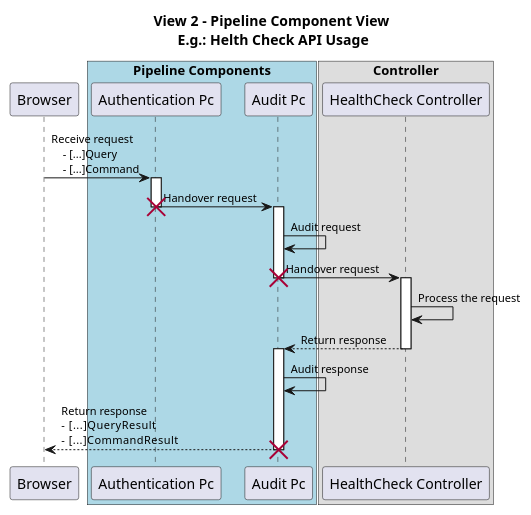
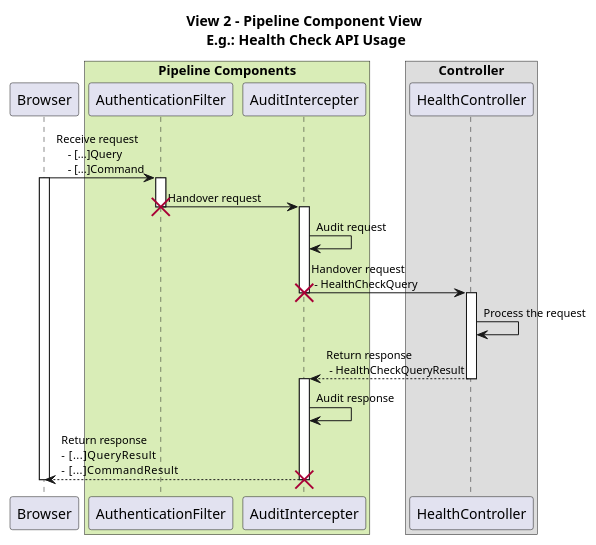
Before and after one commit to eLetterBank/springdemo: the diagram in diagrams/HealthCheck-View-02.puml, drawn with PlantUML. The commit also changed 2 other files, not shown here.

Commit message:
Sequence diagrams has been updated

```diff
--- a/diagrams/HealthCheck-View-02.puml
+++ b/diagrams/HealthCheck-View-02.puml
@@ -1,47 +1,49 @@
 @startuml
-title View 2 - Pipeline Component View \nE.g.: Helth Check API Usage
+title View 2 - Pipeline Component View \nE.g.: Health Check API Usage
 
 participant Browser as bw
 
-box "Pipeline Components" #LightBlue
-participant "Authentication Pc" as authApiFilter
-participant "Audit Pc" as auditApiIntercepter
+box "Pipeline Components" #D9EDB7
+participant "AuthenticationFilter" as authApiFilter
+participant "AuditIntercepter" as auditApiIntercepter
 end box
 
 box "Controller"
-participant "HealthCheck Controller" as hChekApiController
+participant "HealthController" as hChekApiController
 end box
 
 skinparam sequence {
     ActorFontName Arial
     ActorFontSize 11
 
     ParticipantFontName Arial
     ParticipantFontSize 11
 
     ArrowFontName Arial
     ArrowFontSize 11
 }
 
 bw->authApiFilter: Receive request \n    - [...]Query \n    - [...]Command
+activate bw
 activate authApiFilter
 
 authApiFilter->auditApiIntercepter: Handover request
 destroy authApiFilter
 activate auditApiIntercepter
 
 auditApiIntercepter->auditApiIntercepter: Audit request
-auditApiIntercepter->hChekApiController: Handover request
+auditApiIntercepter->hChekApiController: Handover request\n - HealthCheckQuery
 destroy auditApiIntercepter
 activate hChekApiController
 hChekApiController->hChekApiController: Process the request
 
-hChekApiController-->auditApiIntercepter: Return response
+hChekApiController-->auditApiIntercepter: Return response\n - HealthCheckQueryResult
 deactivate hChekApiController
 activate auditApiIntercepter
 
 auditApiIntercepter->auditApiIntercepter: Audit response
-                           auditApiIntercepter-->bw: Return response\n-    [...]QueryResult \n-    [...]CommandResult
-                           destroy auditApiIntercepter
 
+auditApiIntercepter-->bw: Return response \n-    [...]QueryResult \n-    [...]CommandResult
+destroy auditApiIntercepter
+deactivate bw
 @enduml
```
